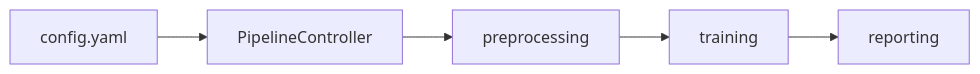
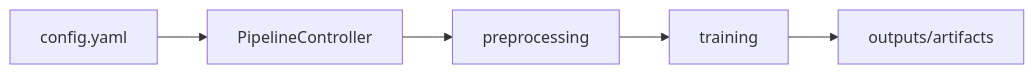
Diagram 14 of 14 in README_user.md (dkawa2523/automllibclearML2), drawn with Mermaid before and after one commit. The commit also changed other lines of this file and 17 other files, not shown here.

````diff
--- a/README_user.md
+++ b/README_user.md
@@ -413,7 +396,7 @@
 ```mermaid
 flowchart LR
     A[config.yaml] --> B[PipelineController]
     B --> C[preprocessing]
     C --> D[training]
-    D --> E[reporting]
+    D --> E[outputs/artifacts]
 ```
````
